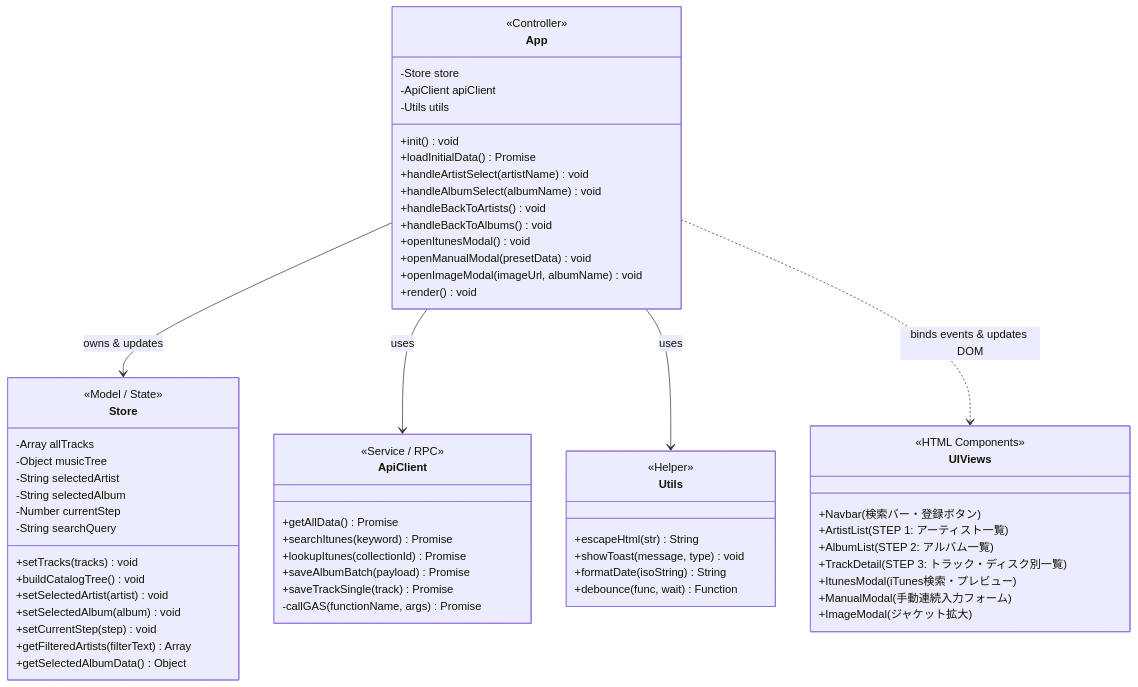
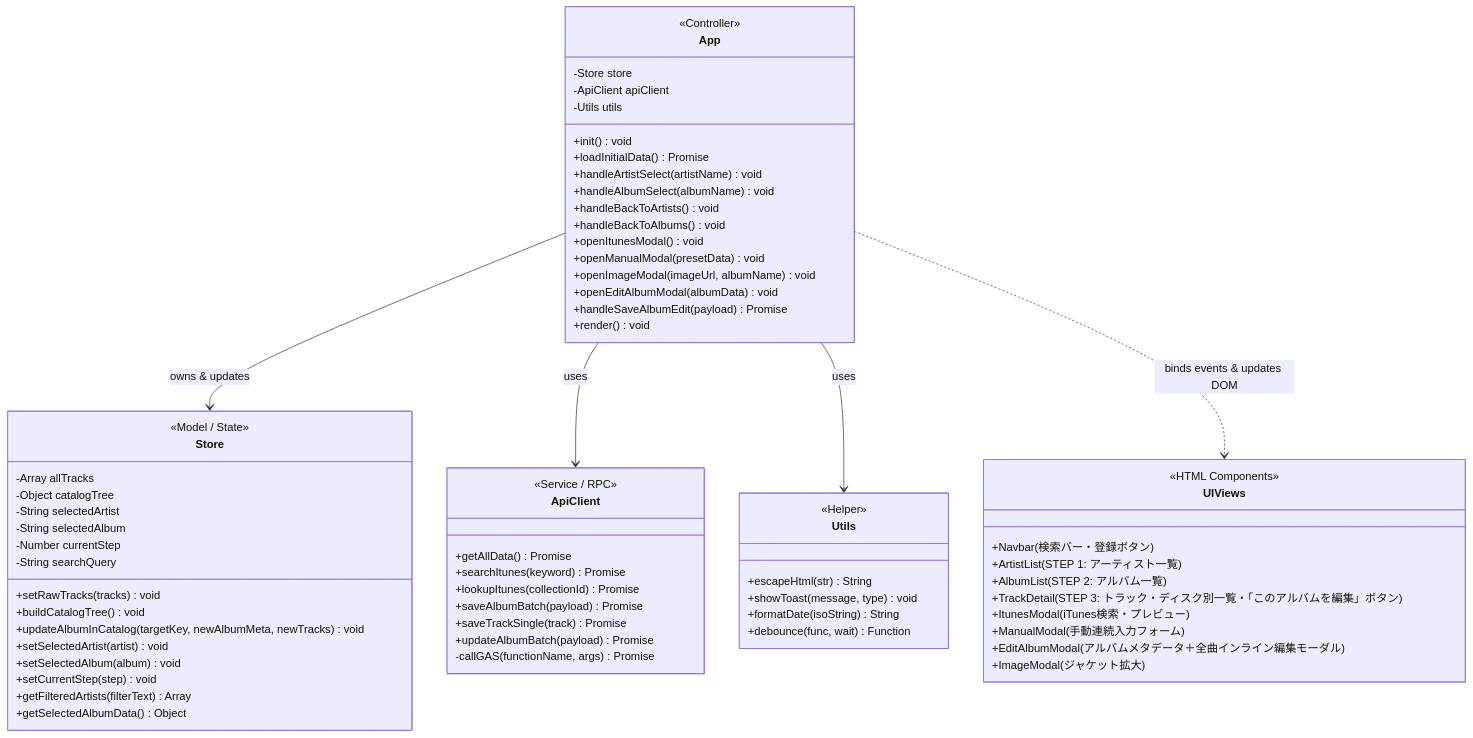
Before and after one commit to nankojin-ops/MusicInfo-app: the third of 9 diagrams in docs/BASIC_DESIGN.md, drawn with Mermaid. The commit also changed other lines of this file and 16 other files, not shown here.

````diff
--- a/docs/BASIC_DESIGN.md
+++ b/docs/BASIC_DESIGN.md
@@ -283,70 +301,75 @@
 ```mermaid
 classDiagram
     class App {
         <<Controller>>
         -Store store
         -ApiClient apiClient
         -Utils utils
         +init() void
         +loadInitialData() Promise
         +handleArtistSelect(artistName) void
         +handleAlbumSelect(albumName) void
         +handleBackToArtists() void
         +handleBackToAlbums() void
         +openItunesModal() void
         +openManualModal(presetData) void
         +openImageModal(imageUrl, albumName) void
+        +openEditAlbumModal(albumData) void
+        +handleSaveAlbumEdit(payload) Promise
         +render() void
     }
 
     class Store {
         <<Model / State>>
         -Array allTracks
-        -Object musicTree
+        -Object catalogTree
         -String selectedArtist
         -String selectedAlbum
         -Number currentStep
         -String searchQuery
-        +setTracks(tracks) void
+        +setRawTracks(tracks) void
         +buildCatalogTree() void
+        +updateAlbumInCatalog(targetKey, newAlbumMeta, newTracks) void
         +setSelectedArtist(artist) void
         +setSelectedAlbum(album) void
         +setCurrentStep(step) void
         +getFilteredArtists(filterText) Array
         +getSelectedAlbumData() Object
     }
 
     class ApiClient {
         <<Service / RPC>>
         +getAllData() Promise
         +searchItunes(keyword) Promise
         +lookupItunes(collectionId) Promise
         +saveAlbumBatch(payload) Promise
         +saveTrackSingle(track) Promise
+        +updateAlbumBatch(payload) Promise
         -callGAS(functionName, args) Promise
     }
 
     class Utils {
         <<Helper>>
         +escapeHtml(str) String
         +showToast(message, type) void
         +formatDate(isoString) String
         +debounce(func, wait) Function
     }
 
     class UIViews {
         <<HTML Components>>
         +Navbar (検索バー・登録ボタン)
         +ArtistList (STEP 1: アーティスト一覧)
         +AlbumList (STEP 2: アルバム一覧)
-        +TrackDetail (STEP 3: トラック・ディスク別一覧)
+        +TrackDetail (STEP 3: トラック・ディスク別一覧・「このアルバムを編集」ボタン)
         +ItunesModal (iTunes検索・プレビュー)
         +ManualModal (手動連続入力フォーム)
+        +EditAlbumModal (アルバムメタデータ＋全曲インライン編集モーダル)
         +ImageModal (ジャケット拡大)
     }
 
     App --> Store : owns & updates
     App --> ApiClient : uses
     App --> Utils : uses
     App ..> UIViews : binds events & updates DOM
 ```
````
